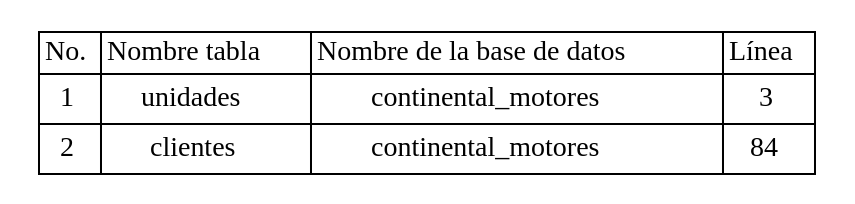
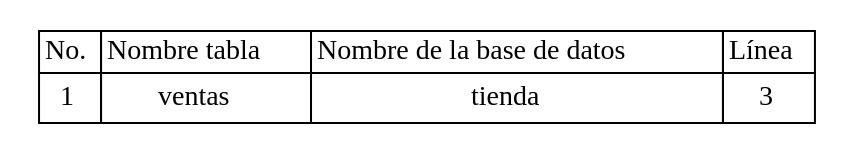
Before and after one commit to Jodyannre/COMPI2_proyecto2_2022: the diagram in Back/Web/tablas/tablas.dot, drawn with Graphviz. The commit also changed 25 other files, not shown here.

```diff
--- a/Back/Web/tablas/tablas.dot
+++ b/Back/Web/tablas/tablas.dot
@@ -1,39 +1,27 @@
 
 	digraph {
 		tablaSimbolos [
 		  shape=plaintext
 		  label=<
 			<table border='0' cellborder='1' color='black' cellspacing='0'>
 			  <tr>
 				  <td>No.</td>
 				  <td>Nombre tabla</td>
 				  <td>Nombre de la base de datos</td>
 				  <td>Línea</td>
 			  </tr>
 <tr>
 <td cellpadding='4'>
 1
 </td>
-<td cellpadding='4'>unidades
+<td cellpadding='4'>ventas
 </td>
-<td cellpadding='4'>continental_motores
+<td cellpadding='4'>tienda
 </td>
 <td cellpadding='4'>3
-</td>
-</tr>
-
-<tr>
-<td cellpadding='4'>
-2
-</td>
-<td cellpadding='4'>clientes
-</td>
-<td cellpadding='4'>continental_motores
-</td>
-<td cellpadding='4'>84
 </td>
 </tr>
 
 		</table>
 		>];
 	}
```
